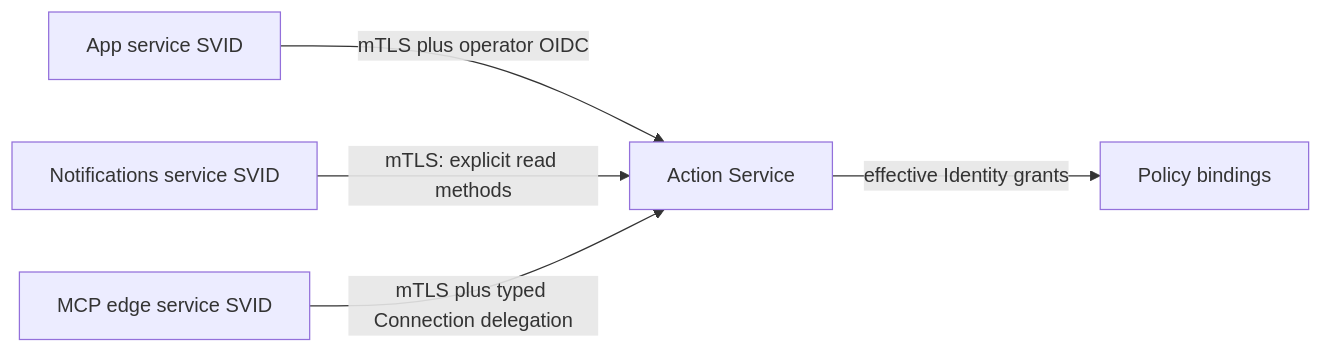
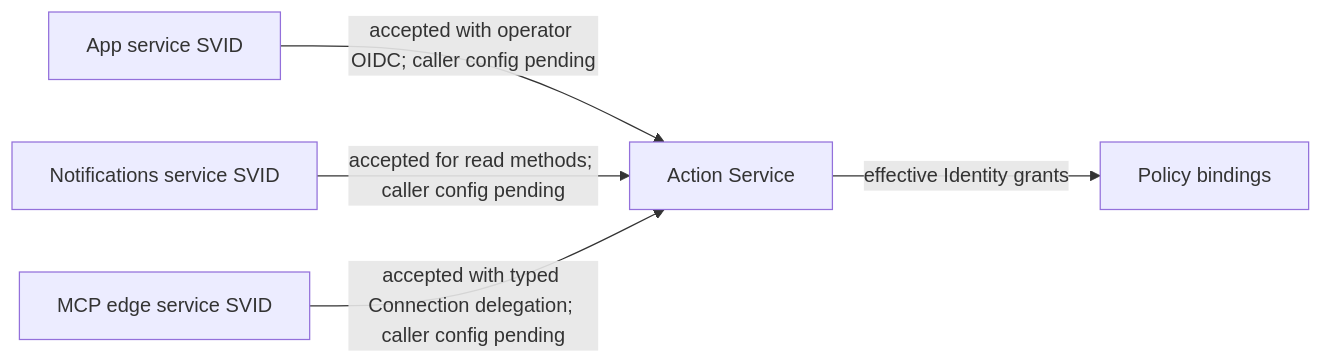
Before and after one commit to agentydragon/ducktape: diagram 13 of 15 in agentplane/docs/system_overview.md, drawn with Mermaid. The commit also changed other lines of this file and 2 other files, not shown here.

Commit message:
Allow configured Actions service SVID callers

````diff
--- a/agentplane/docs/system_overview.md
+++ b/agentplane/docs/system_overview.md
@@ -722,7 +724,7 @@
 ```mermaid
 flowchart LR
-    app[App service SVID] -->|mTLS plus operator OIDC| actions[Action Service]
-    notifications[Notifications service SVID] -->|mTLS: explicit read methods| actions
-    mcp[MCP edge service SVID] -->|mTLS plus typed Connection delegation| actions
+    app[App service SVID] -->|accepted with operator OIDC; caller config pending| actions[Action Service]
+    notifications[Notifications service SVID] -->|accepted for read methods; caller config pending| actions
+    mcp[MCP edge service SVID] -->|accepted with typed Connection delegation; caller config pending| actions
     actions -->|effective Identity grants| policy[Policy bindings]
 ```
````
